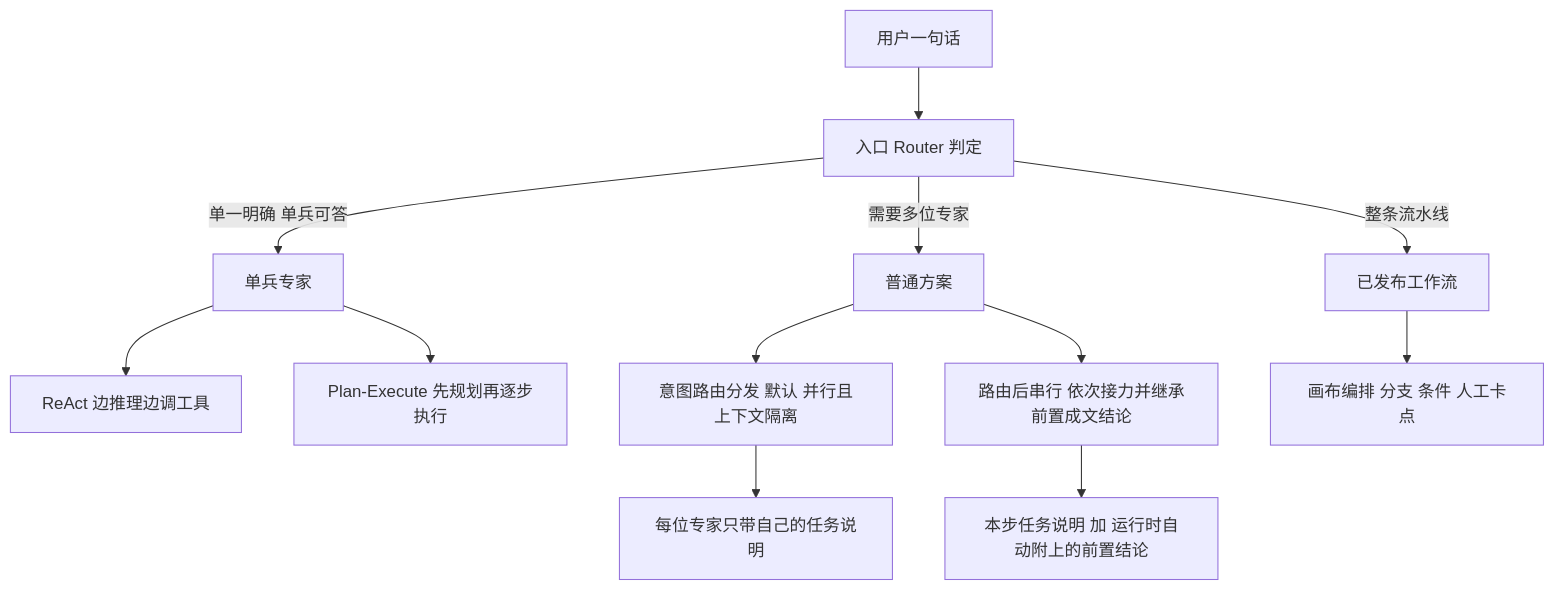
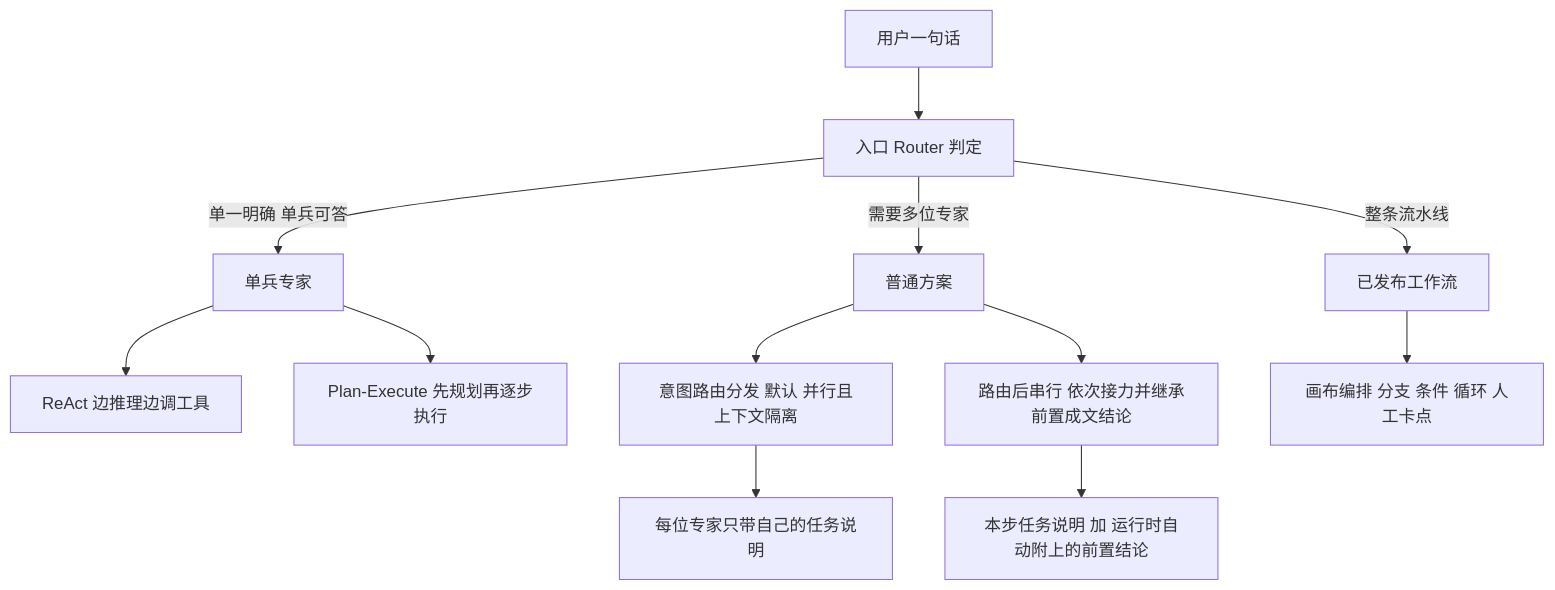
Before and after one commit to Desktop-code/AgentHub: the fourth of 5 diagrams in docs/architecture/AgentHub-架构设计.md, drawn with Mermaid. The commit also changed other lines of this file and 2 other files, not shown here.

````diff
--- a/docs/architecture/AgentHub-架构设计.md
+++ b/docs/architecture/AgentHub-架构设计.md
@@ -405,17 +402,17 @@
 ```mermaid
 flowchart TB
   Q["用户一句话"] --> G["入口 Router 判定"]
   G -->|单一明确 单兵可答| S["单兵专家"]
   G -->|需要多位专家| P["普通方案"]
   G -->|整条流水线| F["已发布工作流"]
 
   S --> S1["ReAct 边推理边调工具"]
   S --> S2["Plan-Execute 先规划再逐步执行"]
 
   P --> P1["意图路由分发 默认 并行且上下文隔离"]
   P --> P2["路由后串行 依次接力并继承前置成文结论"]
 
   P1 --> A1["每位专家只带自己的任务说明"]
   P2 --> A2["本步任务说明 加 运行时自动附上的前置结论"]
-  F --> W1["画布编排 分支 条件 人工卡点"]
+  F --> W1["画布编排 分支 条件 循环 人工卡点"]
 ```
````
